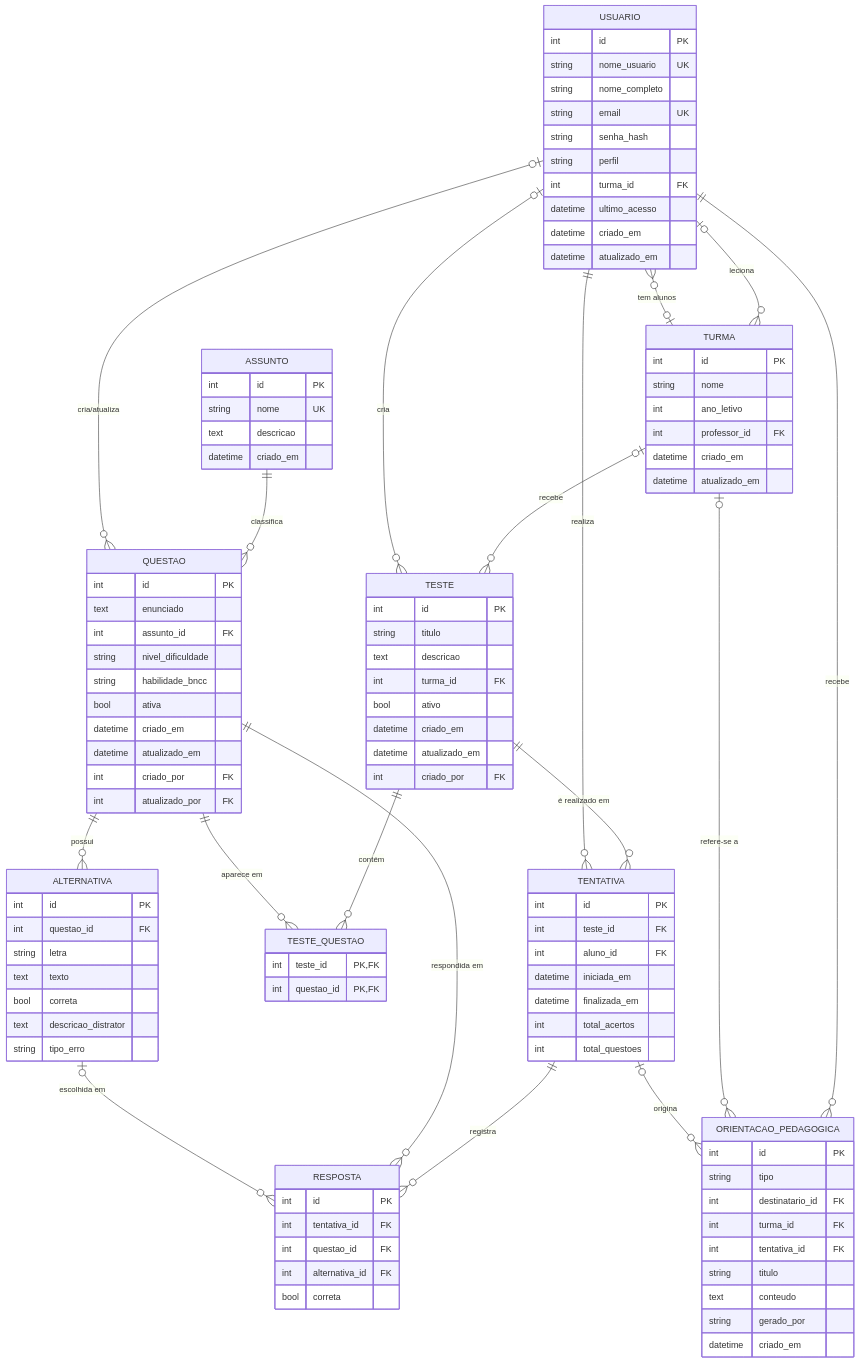
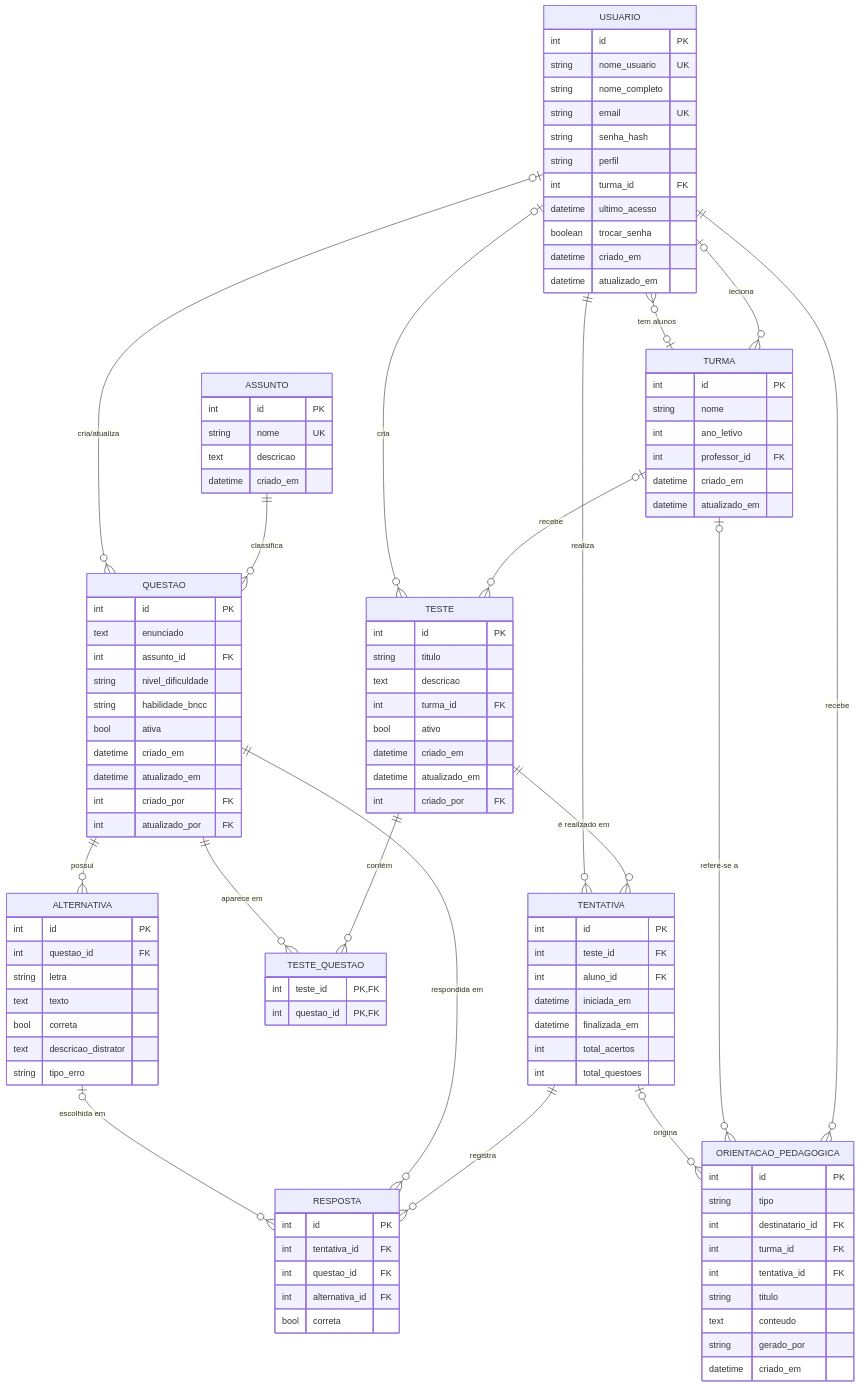
Before and after one commit to williangama37/mvp-matematica: the diagram in docs/diagrama_er.mmd, drawn with Mermaid. The commit also changed 8 other files, not shown here.

```diff
--- a/docs/diagrama_er.mmd
+++ b/docs/diagrama_er.mmd
@@ -1,107 +1,108 @@
 erDiagram
     USUARIO {
         int id PK
         string nome_usuario UK
         string nome_completo
         string email UK
         string senha_hash
         string perfil
         int turma_id FK
         datetime ultimo_acesso
+        boolean trocar_senha
         datetime criado_em
         datetime atualizado_em
     }
     TURMA {
         int id PK
         string nome
         int ano_letivo
         int professor_id FK
         datetime criado_em
         datetime atualizado_em
     }
     ASSUNTO {
         int id PK
         string nome UK
         text descricao
         datetime criado_em
     }
     QUESTAO {
         int id PK
         text enunciado
         int assunto_id FK
         string nivel_dificuldade
         string habilidade_bncc
         bool ativa
         datetime criado_em
         datetime atualizado_em
         int criado_por FK
         int atualizado_por FK
     }
     ALTERNATIVA {
         int id PK
         int questao_id FK
         string letra
         text texto
         bool correta
         text descricao_distrator
         string tipo_erro
     }
     TESTE {
         int id PK
         string titulo
         text descricao
         int turma_id FK
         bool ativo
         datetime criado_em
         datetime atualizado_em
         int criado_por FK
     }
     TESTE_QUESTAO {
         int teste_id PK,FK
         int questao_id PK,FK
     }
     TENTATIVA {
         int id PK
         int teste_id FK
         int aluno_id FK
         datetime iniciada_em
         datetime finalizada_em
         int total_acertos
         int total_questoes
     }
     RESPOSTA {
         int id PK
         int tentativa_id FK
         int questao_id FK
         int alternativa_id FK
         bool correta
     }
     ORIENTACAO_PEDAGOGICA {
         int id PK
         string tipo
         int destinatario_id FK
         int turma_id FK
         int tentativa_id FK
         string titulo
         text conteudo
         string gerado_por
         datetime criado_em
     }
 
     TURMA |o--o{ USUARIO : "tem alunos"
     USUARIO |o--o{ TURMA : "leciona"
     ASSUNTO ||--o{ QUESTAO : "classifica"
     USUARIO |o--o{ QUESTAO : "cria/atualiza"
     QUESTAO ||--o{ ALTERNATIVA : "possui"
     TURMA |o--o{ TESTE : "recebe"
     USUARIO |o--o{ TESTE : "cria"
     TESTE ||--o{ TESTE_QUESTAO : "contém"
     QUESTAO ||--o{ TESTE_QUESTAO : "aparece em"
     TESTE ||--o{ TENTATIVA : "é realizado em"
     USUARIO ||--o{ TENTATIVA : "realiza"
     TENTATIVA ||--o{ RESPOSTA : "registra"
     QUESTAO ||--o{ RESPOSTA : "respondida em"
     ALTERNATIVA |o--o{ RESPOSTA : "escolhida em"
     USUARIO ||--o{ ORIENTACAO_PEDAGOGICA : "recebe"
     TURMA |o--o{ ORIENTACAO_PEDAGOGICA : "refere-se a"
     TENTATIVA |o--o{ ORIENTACAO_PEDAGOGICA : "origina"
```
